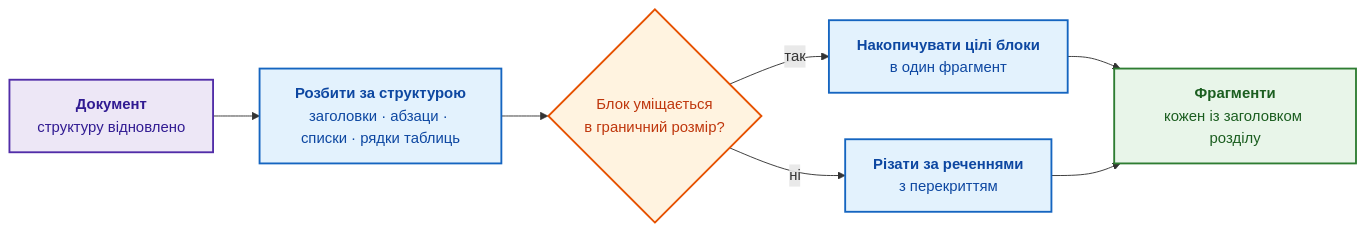
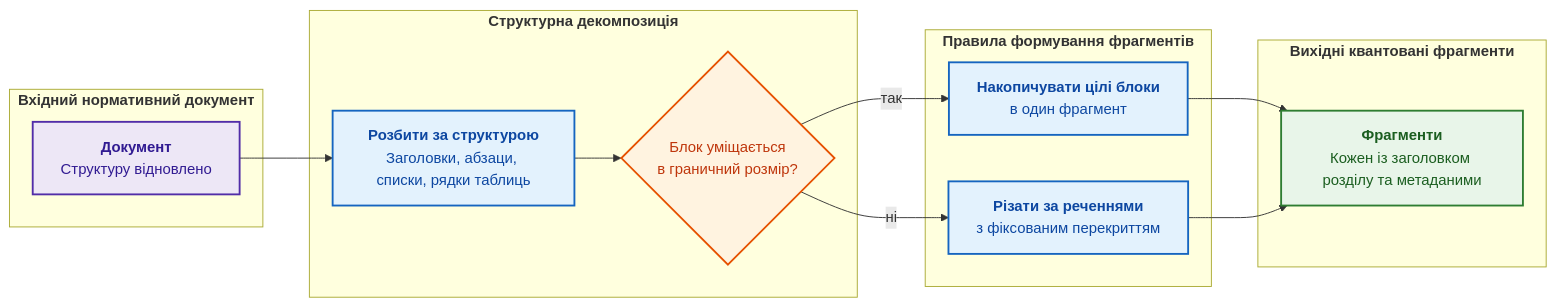
One commit to nick-fedchik/articles changed the sixth of 10 diagrams in ExpertSystem/ch08-engineering-artifacts-as-data.md. Above: the diagram before and after it, drawn with Mermaid. The commit also changed other lines of this file and 1 other file, not shown here.

Commit message:
docs(ch08): modernize legacy Mermaid diagrams to publication-grade flowchart and sync registry

````diff
--- a/ExpertSystem/ch08-engineering-artifacts-as-data.md
+++ b/ExpertSystem/ch08-engineering-artifacts-as-data.md
@@ -538,22 +551,40 @@
 ```mermaid
-graph LR
+flowchart LR
     accTitle: Структурне нарізання документа на фрагменти
     accDescr: Документ розбивають за структурними блоками; блоки, що вміщаються в розмір, накопичують разом, а завеликі блоки ріжуть за реченнями з перекриттям; кожен фрагмент несе заголовок розділу.
 
-    D["<b>Документ</b><br/>структуру відновлено"] --> P["<b>Розбити за структурою</b><br/>заголовки · абзаци · списки · рядки таблиць"]
-    P --> Q{"Блок уміщається<br/>в граничний розмір?"}
-    Q -->|"так"| A["<b>Накопичувати цілі блоки</b><br/>в один фрагмент"]
-    Q -->|"ні"| B["<b>Різати за реченнями</b><br/>з перекриттям"]
-    A --> F["<b>Фрагменти</b><br/>кожен із заголовком розділу"]
+    subgraph DocInput["<b>Вхідний нормативний документ</b>"]
+        D["<b>Документ</b><br/>Структуру відновлено"]
+    end
+
+    subgraph StructSplit["<b>Структурна декомпозиція</b>"]
+        P["<b>Розбити за структурою</b><br/>Заголовки, абзаци, списки, рядки таблиць"]
+        Q{"Блок уміщається<br/>в граничний розмір?"}
+        P --> Q
+    end
+
+    subgraph ChunkingRules["<b>Правила формування фрагментів</b>"]
+        A["<b>Накопичувати цілі блоки</b><br/>в один фрагмент"]
+        B["<b>Різати за реченнями</b><br/>з фіксованим перекриттям"]
+    end
+
+    subgraph OutputChunks["<b>Вихідні квантовані фрагменти</b>"]
+        F["<b>Фрагменти</b><br/>Кожен із заголовком розділу та метаданими"]
+    end
+
+    D --> P
+    Q -->|"так"| A
+    Q -->|"ні"| B
+    A --> F
     B --> F
 
     classDef doc fill:#ede7f6,stroke:#512da8,stroke-width:2px,color:#311b92;
     classDef step fill:#e3f2fd,stroke:#1565c0,stroke-width:2px,color:#0d47a1;
     classDef check fill:#fff3e0,stroke:#e65100,stroke-width:2px,color:#bf360c;
     classDef out fill:#e8f5e9,stroke:#2e7d32,stroke-width:2px,color:#1b5e20;
 
     class D doc;
     class P,A,B step;
     class Q check;
     class F out;
 ```
````
